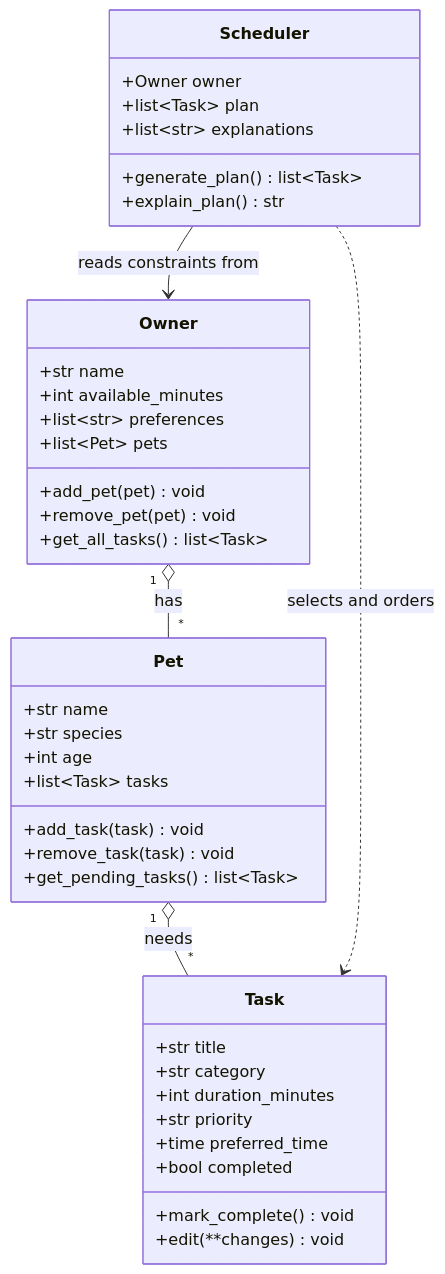
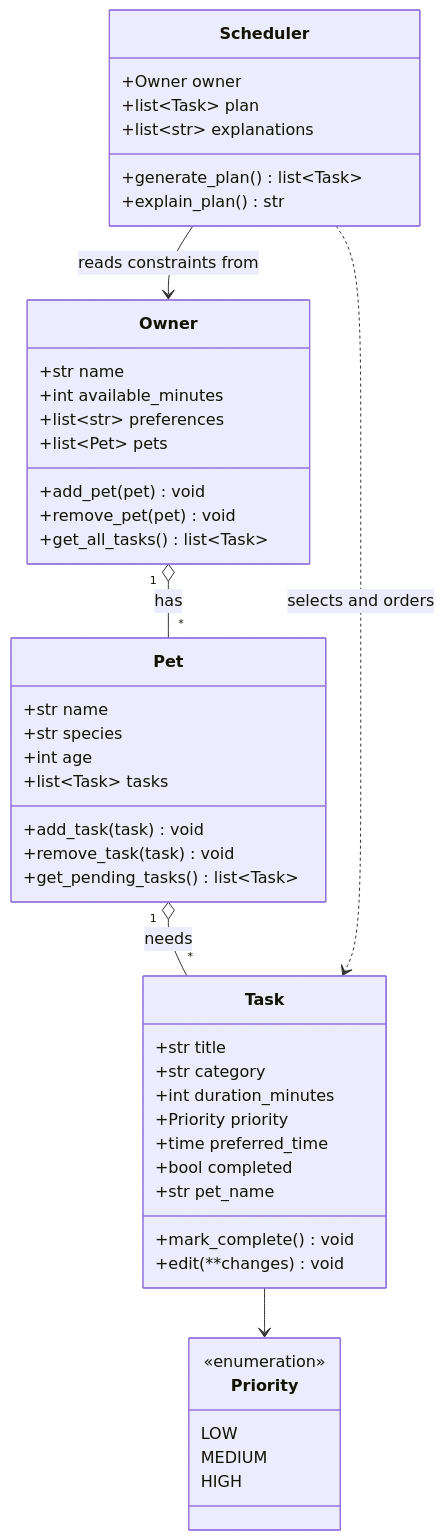
One commit to darshil040804/ai110-module2show-pawpal-starter changed the diagram in diagrams/uml.mmd. Above: the diagram before and after it, drawn with Mermaid. The commit also changed 2 other files, not shown here.

Commit message:
Phase 1 complete: UML design and class skeleton
- Add Owner, Pet, Task, Scheduler UML in diagrams/uml.mmd
- Add pawpal_system.py skeleton (dataclasses for Task/Pet, method stubs)
- Make Priority an IntEnum, add Task.pet_name and validation stub
- Document initial design and design changes in reflection.md

```diff
--- a/diagrams/uml.mmd
+++ b/diagrams/uml.mmd
@@ -1,44 +1,53 @@
 classDiagram
     class Owner {
         +str name
         +int available_minutes
         +list~str~ preferences
         +list~Pet~ pets
         +add_pet(pet) void
         +remove_pet(pet) void
         +get_all_tasks() list~Task~
     }
 
     class Pet {
         +str name
         +str species
         +int age
         +list~Task~ tasks
         +add_task(task) void
         +remove_task(task) void
         +get_pending_tasks() list~Task~
     }
 
     class Task {
         +str title
         +str category
         +int duration_minutes
-        +str priority
+        +Priority priority
         +time preferred_time
         +bool completed
+        +str pet_name
         +mark_complete() void
         +edit(**changes) void
+    }
+
+    class Priority {
+        <<enumeration>>
+        LOW
+        MEDIUM
+        HIGH
     }
 
     class Scheduler {
         +Owner owner
         +list~Task~ plan
         +list~str~ explanations
         +generate_plan() list~Task~
         +explain_plan() str
     }
 
     Owner "1" o-- "*" Pet : has
     Pet "1" o-- "*" Task : needs
+    Task --> Priority
     Scheduler --> Owner : reads constraints from
     Scheduler ..> Task : selects and orders
```
